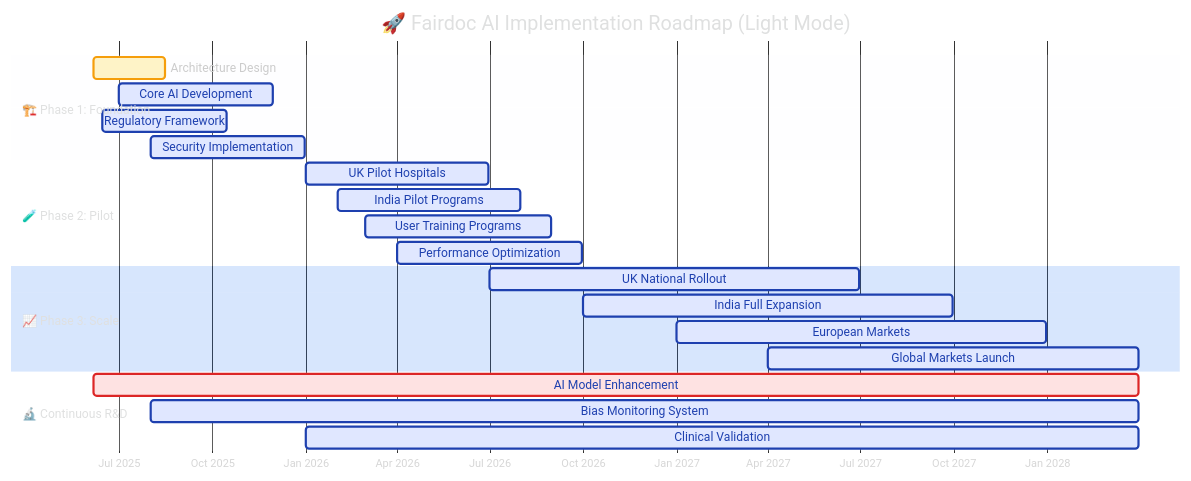
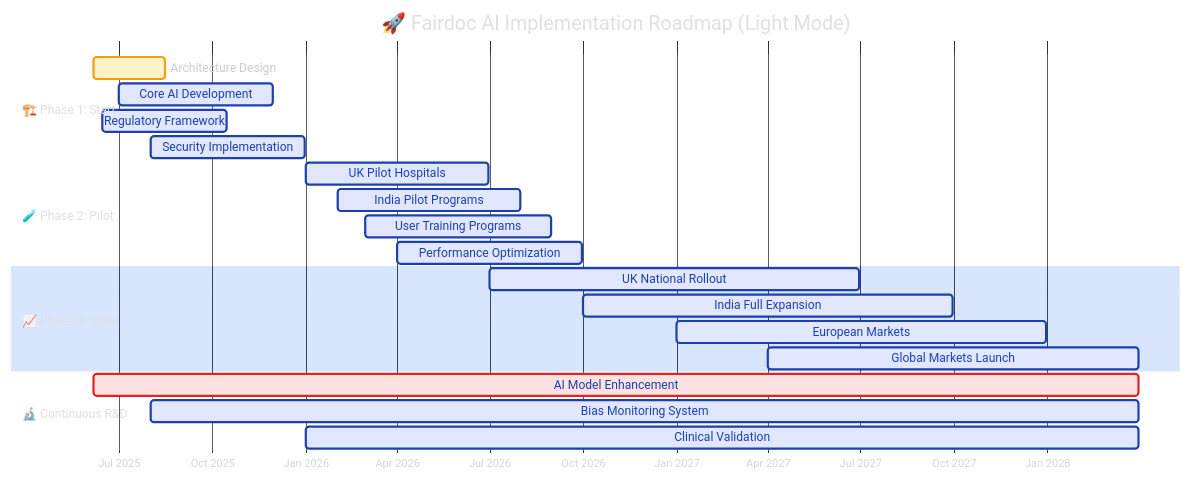
One commit to hr1juldey/FairWorks_FairDOC changed diagram 16 of 20 in report.md. Above: the diagram before and after it, drawn with Mermaid.

````diff
--- a/report.md
+++ b/report.md
@@ -710,51 +710,51 @@
 ```mermaid
 ---
 config:
   theme: neo-dark
   themeVariables:
     primaryColor: '#3b82f6'
     primaryTextColor: '#111827'
     primaryBorderColor: '#1e40af'
     lineColor: '#374151'
     sectionBkgColor: '#f8fafc'
     altSectionBkgColor: '#ffffff'
     gridColor: '#d1d5db'
     c4: '#0891b2'
     taskBkgColor: '#e0e7ff'
     taskTextColor: '#1e40af'
     taskTextLightColor: '#374151'
     taskTextOutsideColor: '#111827'
     taskTextClickableColor: '#1e40af'
     activeTaskBkgColor: '#fef3c7'
     activeTaskBorderColor: '#f59e0b'
     doneTaskBkgColor: '#d1fae5'
     doneTaskBorderColor: '#059669'
     critBorderColor: '#dc2626'
     critBkgColor: '#fee2e2'
     todayLineColor: '#dc2626'
 ---
 gantt
     title 🚀 Fairdoc AI Implementation Roadmap (Light Mode)
     dateFormat YYYY-MM-DD
     axisFormat %b %Y
-    section 🏗️ Phase 1: Foundation
+    section 🏗️ Phase 1: Start
     Architecture Design       :active, arch1, 2025-06-06, 2025-08-15
     Core AI Development       :ai1, 2025-07-01, 2025-11-30
     Regulatory Framework      :reg1, 2025-06-15, 2025-10-15
     Security Implementation   :sec1, 2025-08-01, 2025-12-31
     section 🧪 Phase 2: Pilot
     UK Pilot Hospitals        :pilot1, 2026-01-01, 2026-06-30
     India Pilot Programs      :pilot2, 2026-02-01, 2026-07-31
     User Training Programs    :train1, 2026-03-01, 2026-08-31
     Performance Optimization  :perf1, 2026-04-01, 2026-09-30
     section 📈 Phase 3: Scale
     UK National Rollout       :scale1, 2026-07-01, 2027-06-30
     India Full Expansion      :scale2, 2026-10-01, 2027-09-30
     European Markets          :europe, 2027-01-01, 2027-12-31
     Global Markets Launch     :global, 2027-04-01, 2028-03-31
     section 🔬 Continuous R&D
     AI Model Enhancement      :crit, research1, 2025-06-06, 2028-03-31
     Bias Monitoring System    :bias1, 2025-08-01, 2028-03-31
     Clinical Validation       :clinical1, 2026-01-01, 2028-03-31
 
 ```
````
